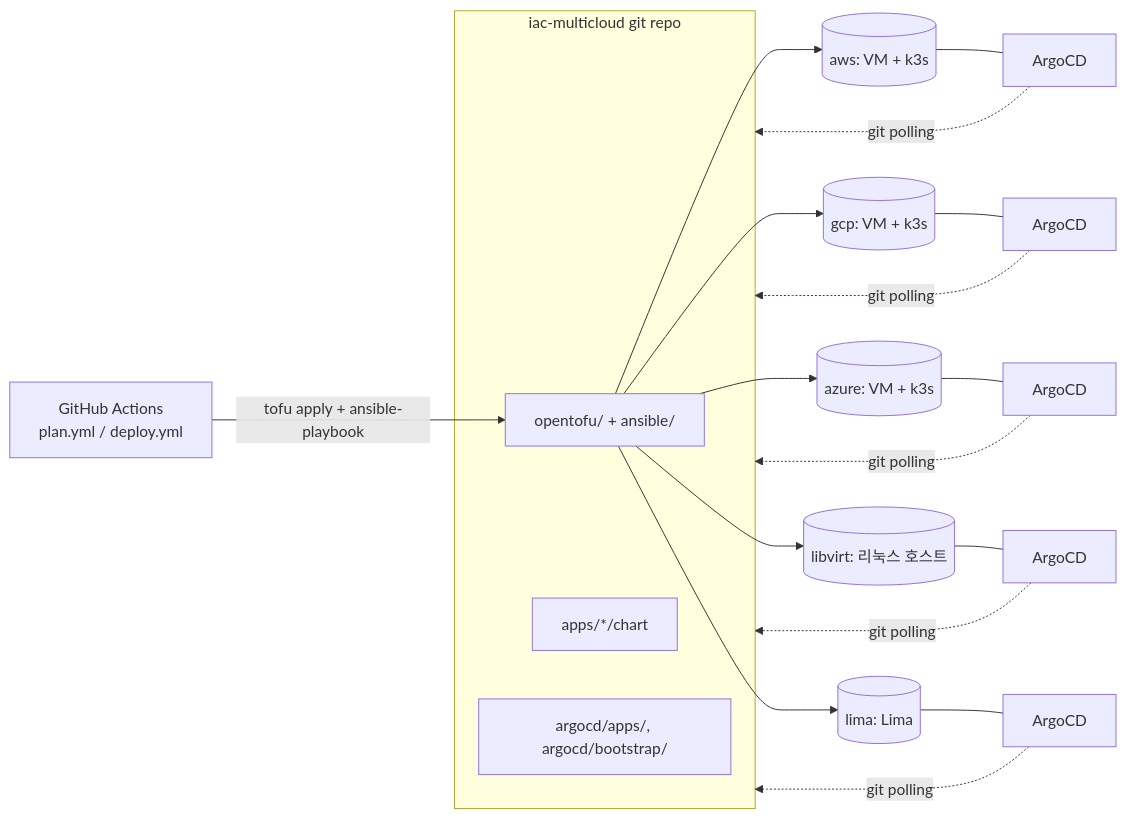
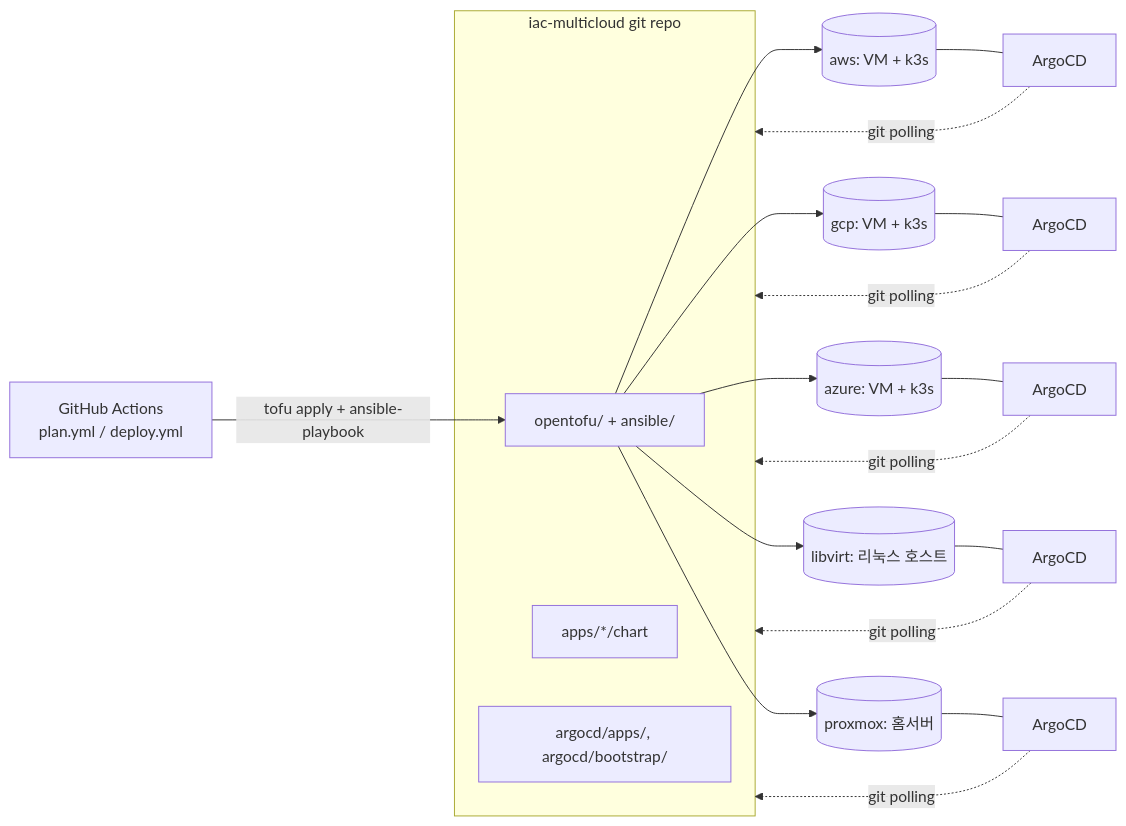
Before and after one commit to gjwnssud/iac-multicloud: the diagram in README.md, drawn with Mermaid. The commit also changed other lines of this file and 30 other files, not shown here.

First line of the commit message:
chore: lima(macOS) 환경 코드·문서·CI 분기 제거 (proxmox로 대체)

````diff
--- a/README.md
+++ b/README.md
@@ -25,28 +22,28 @@
 ```mermaid
 flowchart LR
   subgraph repo["iac-multicloud git repo"]
     infra["opentofu/ + ansible/"]
     apps["apps/*/chart"]
     argocdApps["argocd/apps/, argocd/bootstrap/"]
   end
 
   ci["GitHub Actions\nplan.yml / deploy.yml"] -->|tofu apply + ansible-playbook| infra
 
   infra --> aws[("aws: VM + k3s")]
   infra --> gcp[("gcp: VM + k3s")]
   infra --> azure[("azure: VM + k3s")]
   infra --> libvirt[("libvirt: 리눅스 호스트")]
-  infra --> mac[("lima: Lima")]
+  infra --> proxmox[("proxmox: 홈서버")]
 
   aws --- ac1["ArgoCD"]
   gcp --- ac2["ArgoCD"]
   azure --- ac3["ArgoCD"]
   libvirt --- ac4["ArgoCD"]
-  mac --- ac5["ArgoCD"]
+  proxmox --- ac5["ArgoCD"]
 
   ac1 -.git polling.-> repo
   ac2 -.git polling.-> repo
   ac3 -.git polling.-> repo
   ac4 -.git polling.-> repo
   ac5 -.git polling.-> repo
 ```
````
